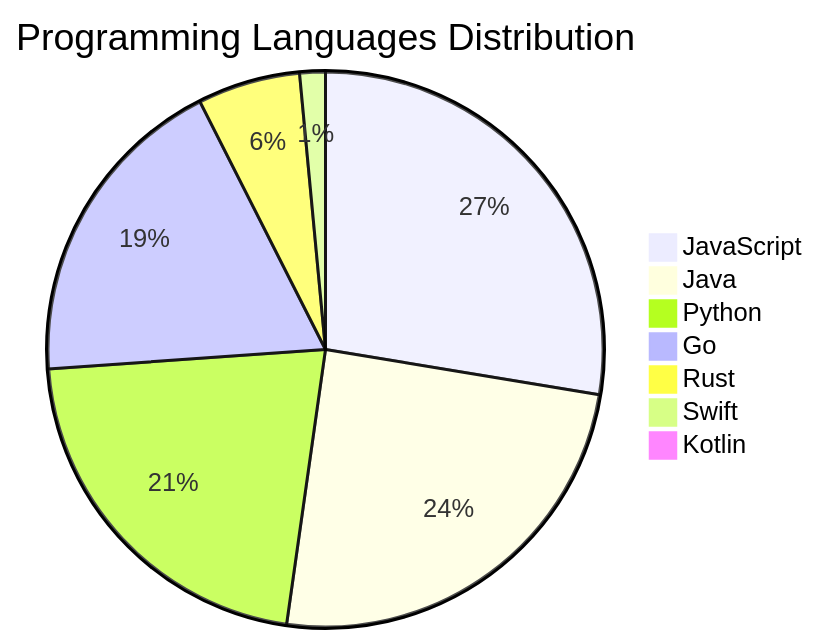
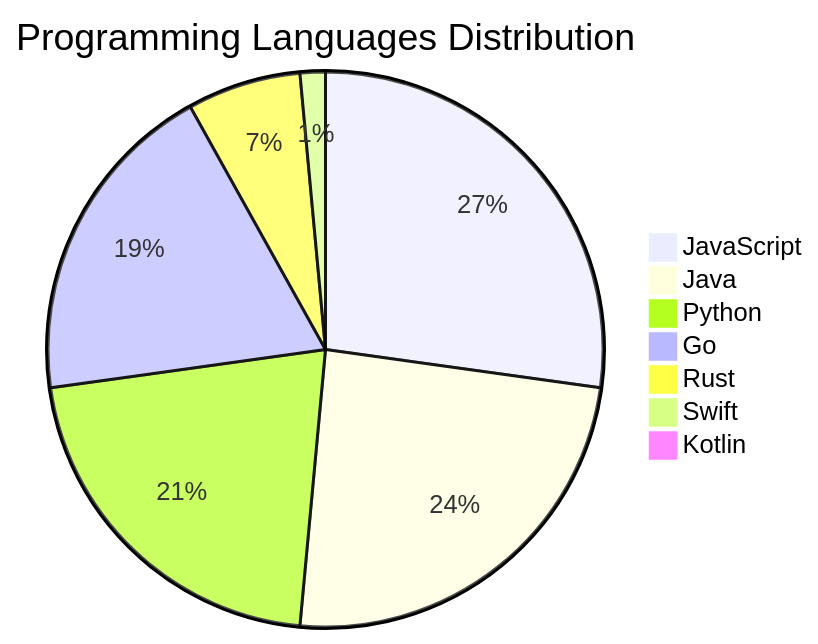
One commit to Derrick-MUGISHA/github-activity-bot changed the diagram in README.md. Above: the diagram before and after it, drawn with Mermaid. The commit also changed other lines of this file and 4 other files, not shown here.

````diff
--- a/README.md
+++ b/README.md
@@ -207,10 +207,10 @@
 ```mermaid
 pie title Programming Languages Distribution
     "JavaScript" : 37
     "Java" : 33
     "Python" : 29
-    "Go" : 25
-    "Rust" : 8
+    "Go" : 26
+    "Rust" : 9
     "Swift" : 2
     "Kotlin" : 1
 ```
````
